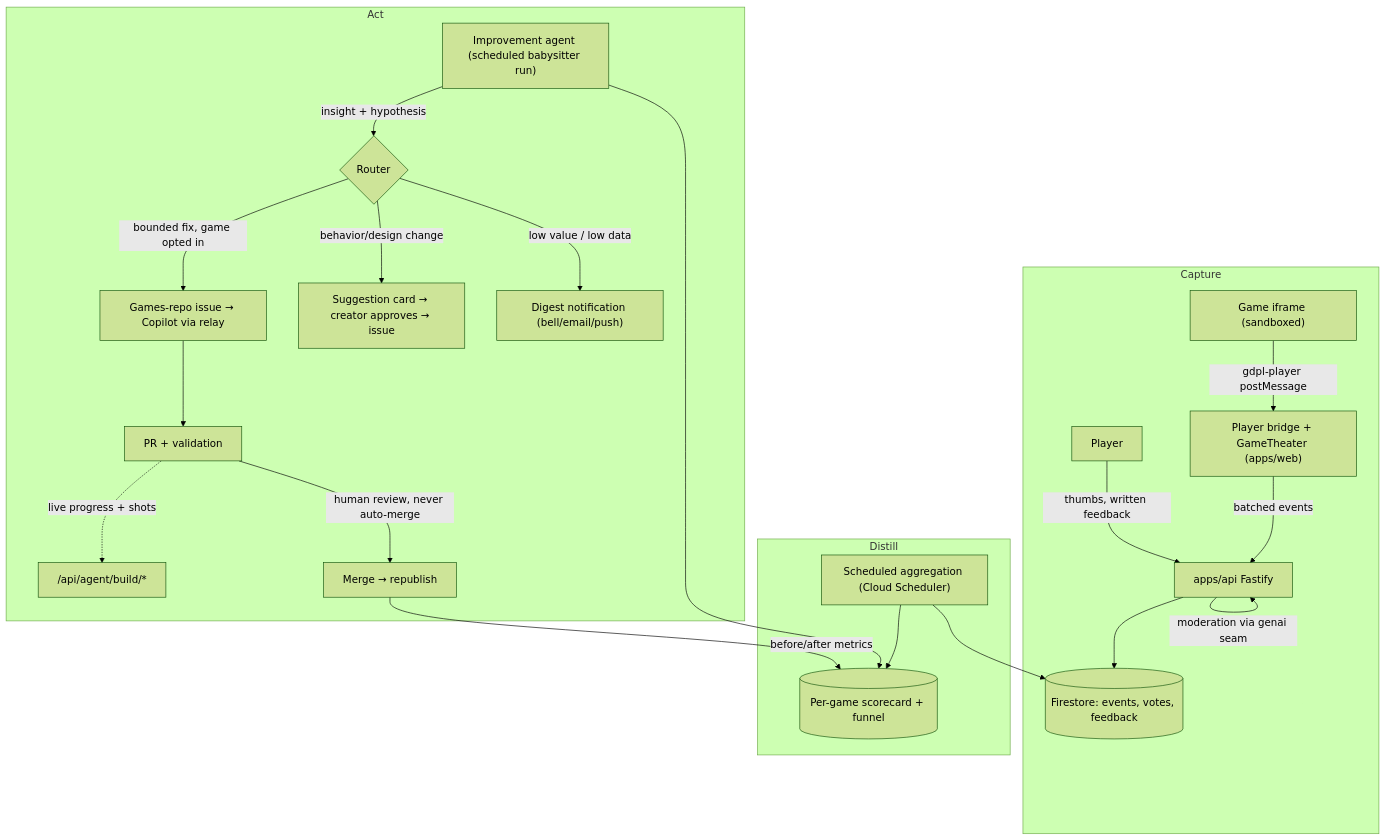
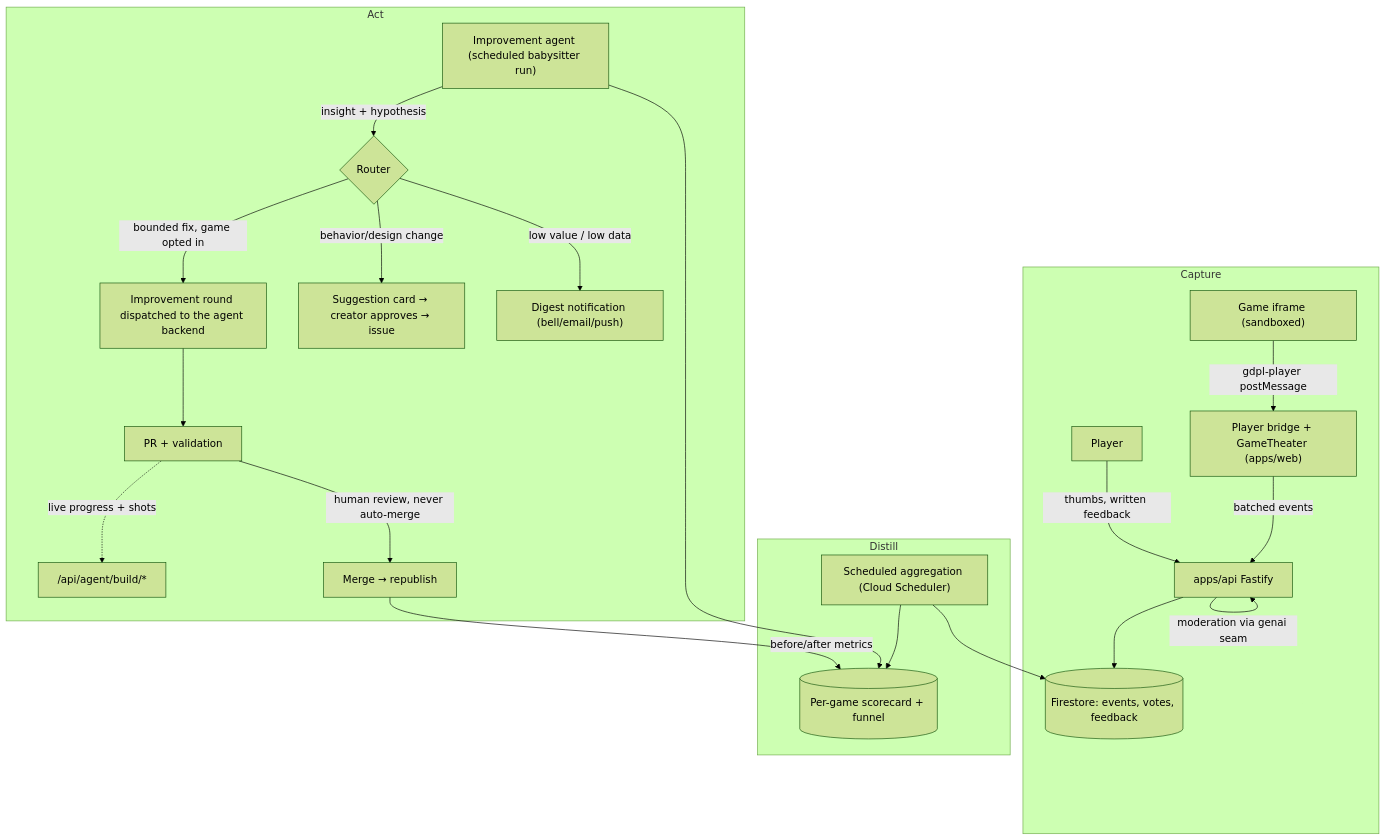
One commit to gamedevpl/www.gamedev.pl changed the diagram in docs/improvement-loop-plan.md. Above: the diagram before and after it, drawn with Mermaid (forest theme). The commit also changed other lines of this file and 4 other files, not shown here.

````diff
--- a/docs/improvement-loop-plan.md
+++ b/docs/improvement-loop-plan.md
@@ -241,28 +242,28 @@
 ```mermaid
 flowchart TD
     subgraph Capture
       IF["Game iframe (sandboxed)"] -->|"gdpl-player postMessage"| Shell["Player bridge + GameTheater (apps/web)"]
       Shell -->|batched events| API["apps/api Fastify"]
       U[Player] -->|thumbs, written feedback| API
       API -->|moderation via genai seam| API
       API --> FS[("Firestore: events, votes, feedback")]
     end
 
     subgraph Distill
       CRON["Scheduled aggregation (Cloud Scheduler)"] --> FS
       CRON --> AGG[("Per-game scorecard + funnel")]
     end
 
     subgraph Act
       LOOP["Improvement agent (scheduled babysitter run)"] --> AGG
       LOOP -->|insight + hypothesis| ROUTE{Router}
-      ROUTE -->|"bounded fix, game opted in"| ISSUE["Games-repo issue → Copilot via relay"]
+      ROUTE -->|"bounded fix, game opted in"| ISSUE["Improvement round dispatched to the agent backend"]
       ROUTE -->|behavior/design change| SUGG["Suggestion card → creator approves → issue"]
       ROUTE -->|low value / low data| DIGEST["Digest notification (bell/email/push)"]
       ISSUE --> PR["PR + validation"]
       PR -.->|live progress + shots| CH["/api/agent/build/*"]
       PR -->|human review, never auto-merge| MERGE["Merge → republish"]
     end
 
     MERGE -->|before/after metrics| AGG
 ```
````
